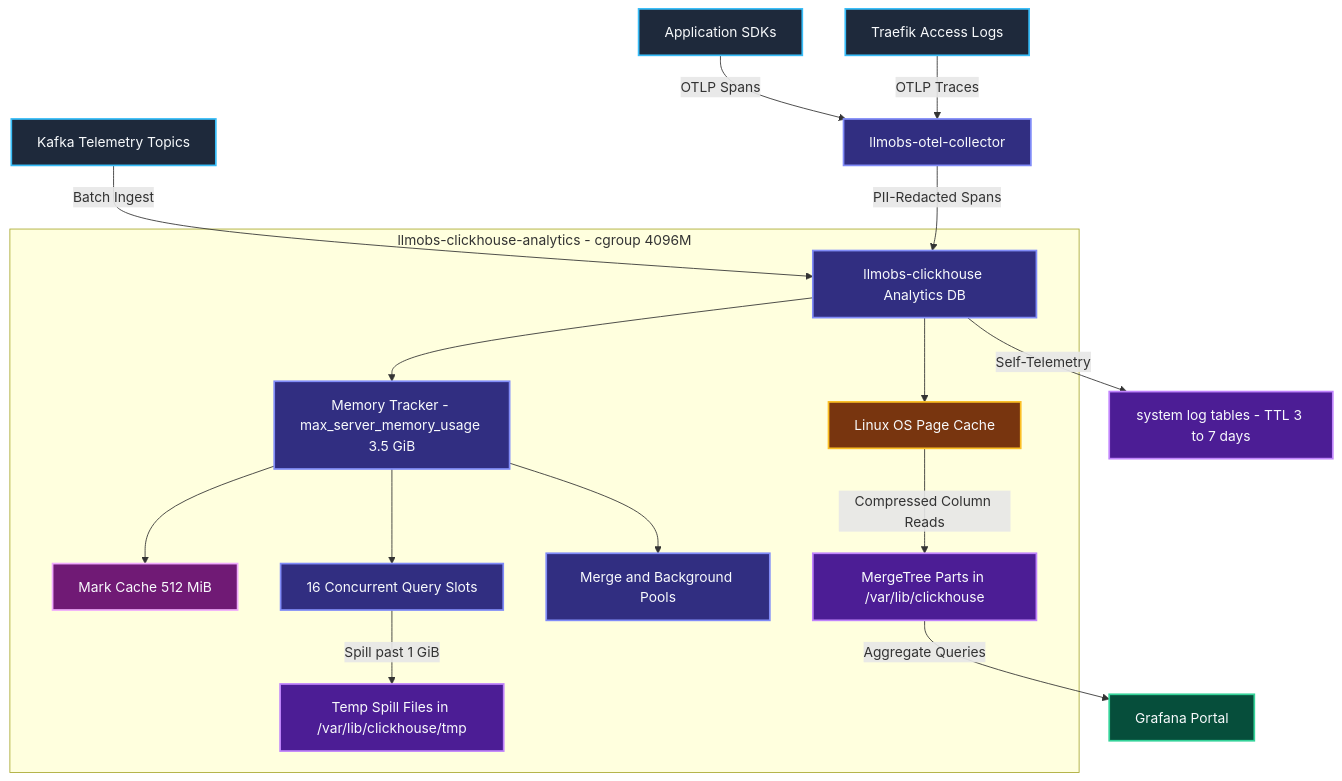
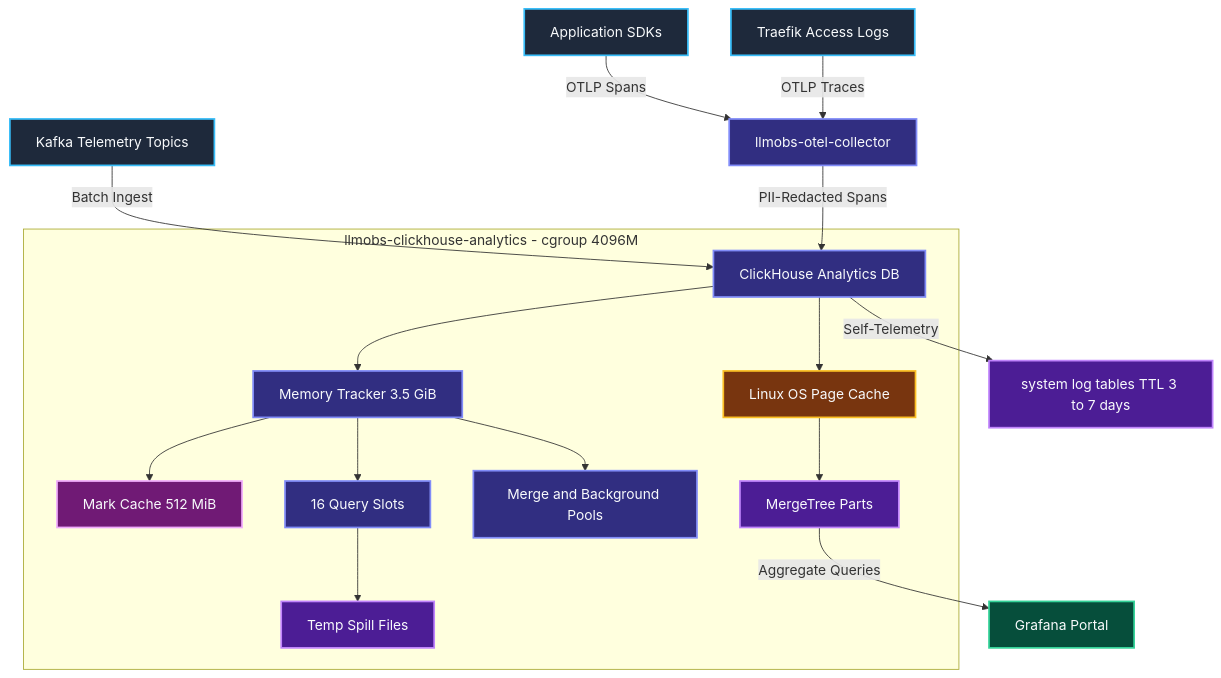
The first of 17 diagrams in docs/configDoc/clickhouse-configuration-guide.md (Chief-Strategist-J/llm-obs-infra), drawn with Mermaid before and after one commit.

````diff
--- a/docs/configDoc/clickhouse-configuration-guide.md
+++ b/docs/configDoc/clickhouse-configuration-guide.md
@@ -468,36 +468,42 @@
 ```mermaid
 graph TD
+    subgraph CHBoundary ["llmobs-clickhouse-analytics - cgroup 4096M"]
+        C1["ClickHouse Analytics DB"]
+        D1["Memory Tracker 3.5 GiB"]
+        D2["Mark Cache 512 MiB"]
+        D3["16 Query Slots"]
+        D4["Merge and Background Pools"]
+        E1["Linux OS Page Cache"]
+        F1["MergeTree Parts"]
+        F2["Temp Spill Files"]
+        C1 --> D1
+        C1 --> E1
+        D1 --> D2
+        D1 --> D3
+        D1 --> D4
+        E1 --> F1
+        D3 --> F2
+    end
+
     A1["Application SDKs"] -->|OTLP Spans| B1["llmobs-otel-collector"]
     A2["Traefik Access Logs"] -->|OTLP Traces| B1
     A3["Kafka Telemetry Topics"] -->|Batch Ingest| C1
-
-    B1 -->|PII-Redacted Spans| C1["llmobs-clickhouse Analytics DB"]
-
-    subgraph CHBoundary ["llmobs-clickhouse-analytics - cgroup 4096M"]
-        C1 --> D1["Memory Tracker - max_server_memory_usage 3.5 GiB"]
-        D1 --> D2["Mark Cache 512 MiB"]
-        D1 --> D3["16 Concurrent Query Slots"]
-        D1 --> D4["Merge and Background Pools"]
-        C1 --> E1["Linux OS Page Cache"]
-        E1 -->|Compressed Column Reads| F1["MergeTree Parts in /var/lib/clickhouse"]
-        D3 -->|Spill past 1 GiB| F2["Temp Spill Files in /var/lib/clickhouse/tmp"]
-    end
-
+    B1 -->|PII-Redacted Spans| C1
     F1 -->|Aggregate Queries| G1["Grafana Portal"]
-    C1 -->|Self-Telemetry| H1["system log tables - TTL 3 to 7 days"]
+    C1 -->|Self-Telemetry| H1["system log tables TTL 3 to 7 days"]
 
     style A1 fill:#1e293b,stroke:#38bdf8,stroke-width:2px,color:#f8fafc
     style A2 fill:#1e293b,stroke:#38bdf8,stroke-width:2px,color:#f8fafc
     style A3 fill:#1e293b,stroke:#38bdf8,stroke-width:2px,color:#f8fafc
     style B1 fill:#312e81,stroke:#818cf8,stroke-width:2px,color:#f8fafc
     style C1 fill:#312e81,stroke:#818cf8,stroke-width:2px,color:#f8fafc
     style D1 fill:#312e81,stroke:#818cf8,stroke-width:2px,color:#f8fafc
     style D3 fill:#312e81,stroke:#818cf8,stroke-width:2px,color:#f8fafc
     style D4 fill:#312e81,stroke:#818cf8,stroke-width:2px,color:#f8fafc
+    style D2 fill:#701a75,stroke:#f0abfc,stroke-width:2px,color:#f8fafc
+    style E1 fill:#78350f,stroke:#fbbf24,stroke-width:2px,color:#f8fafc
     style F1 fill:#4c1d95,stroke:#c084fc,stroke-width:2px,color:#f8fafc
     style F2 fill:#4c1d95,stroke:#c084fc,stroke-width:2px,color:#f8fafc
     style H1 fill:#4c1d95,stroke:#c084fc,stroke-width:2px,color:#f8fafc
     style G1 fill:#064e3b,stroke:#34d399,stroke-width:2px,color:#f8fafc
-    style E1 fill:#78350f,stroke:#fbbf24,stroke-width:2px,color:#f8fafc
-    style D2 fill:#701a75,stroke:#f0abfc,stroke-width:2px,color:#f8fafc
 ```
````
